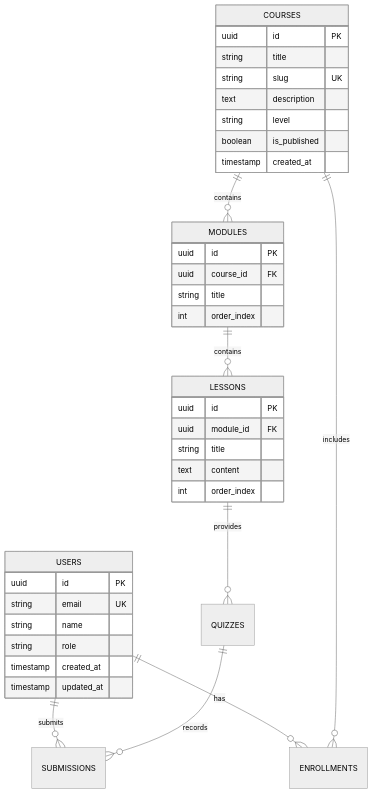
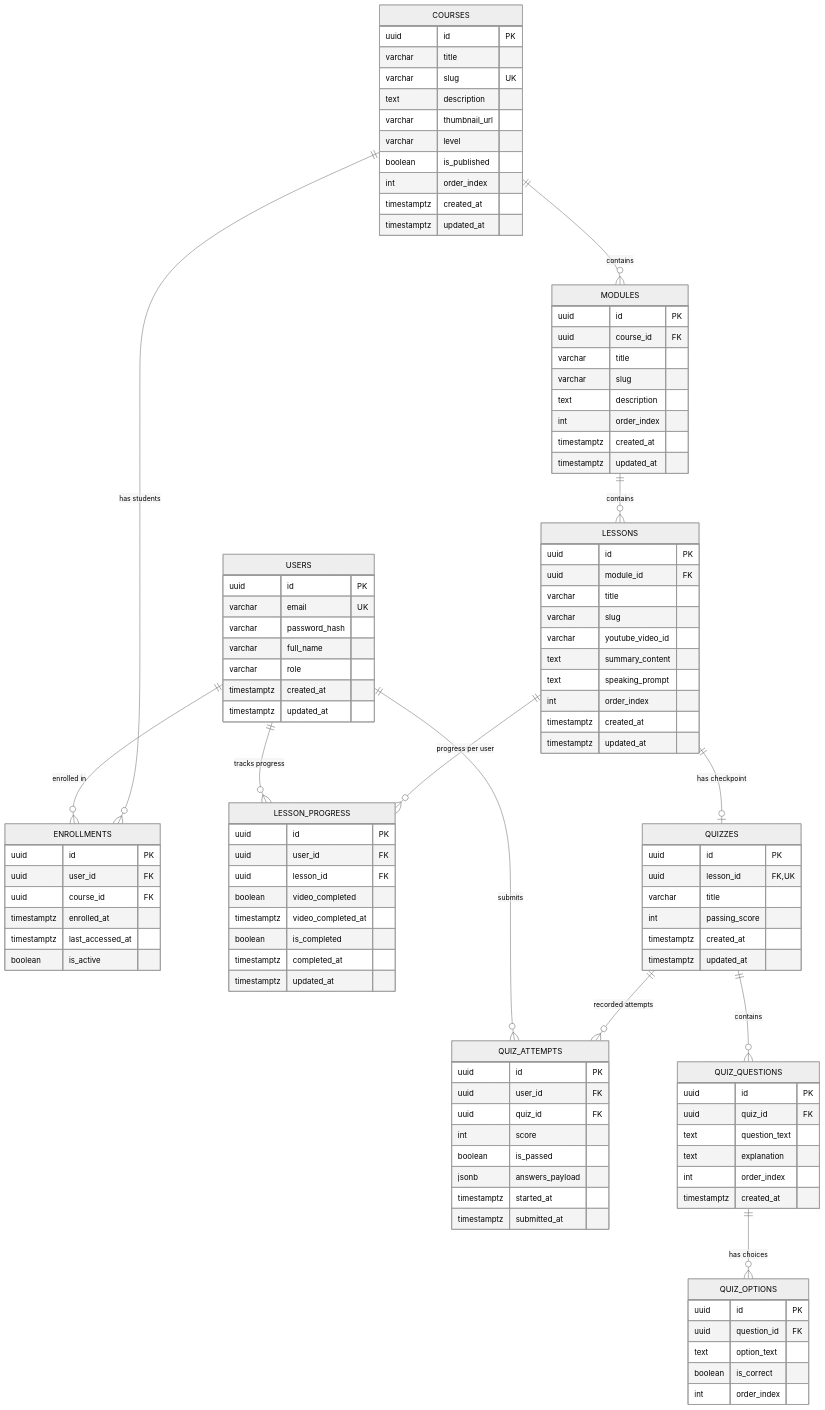
The diagram in docs/DATABASE.md (Rezajulianto123/dream-academy), drawn with Mermaid (neutral theme) before and after one commit. The commit also changed other lines of this file and 3 other files, not shown here.

Commit message:
docs(arch): formulate technical architecture, database schema, api contracts and implementation plan

````diff
--- a/docs/DATABASE.md
+++ b/docs/DATABASE.md
@@ -22,44 +27,123 @@
 ```mermaid
 erDiagram
-    USERS ||--o{ ENROLLMENTS : has
-    USERS ||--o{ SUBMISSIONS : submits
-    COURSES ||--o{ MODULES : contains
-    COURSES ||--o{ ENROLLMENTS : includes
-    MODULES ||--o{ LESSONS : contains
-    LESSONS ||--o{ QUIZZES : provides
-    QUIZZES ||--o{ SUBMISSIONS : records
+    USERS ||--o{ ENROLLMENTS : "enrolled in"
+    USERS ||--o{ LESSON_PROGRESS : "tracks progress"
+    USERS ||--o{ QUIZ_ATTEMPTS : "submits"
+
+    COURSES ||--o{ MODULES : "contains"
+    COURSES ||--o{ ENROLLMENTS : "has students"
+
+    MODULES ||--o{ LESSONS : "contains"
+
+    LESSONS ||--o| QUIZZES : "has checkpoint"
+    LESSONS ||--o{ LESSON_PROGRESS : "progress per user"
+
+    QUIZZES ||--o{ QUIZ_QUESTIONS : "contains"
+    QUIZZES ||--o{ QUIZ_ATTEMPTS : "recorded attempts"
+
+    QUIZ_QUESTIONS ||--o{ QUIZ_OPTIONS : "has choices"
 
     USERS {
         uuid id PK
-        string email UK
-        string name
-        string role
-        timestamp created_at
-        timestamp updated_at
+        varchar email UK
+        varchar password_hash
+        varchar full_name
+        varchar role
+        timestamptz created_at
+        timestamptz updated_at
     }
 
     COURSES {
         uuid id PK
-        string title
-        string slug UK
+        varchar title
+        varchar slug UK
         text description
-        string level
+        varchar thumbnail_url
+        varchar level
         boolean is_published
-        timestamp created_at
+        int order_index
+        timestamptz created_at
+        timestamptz updated_at
     }
 
     MODULES {
         uuid id PK
         uuid course_id FK
-        string title
+        varchar title
+        varchar slug
+        text description
         int order_index
+        timestamptz created_at
+        timestamptz updated_at
     }
 
     LESSONS {
         uuid id PK
         uuid module_id FK
-        string title
-        text content
+        varchar title
+        varchar slug
+        varchar youtube_video_id
+        text summary_content
+        text speaking_prompt
+        int order_index
+        timestamptz created_at
+        timestamptz updated_at
+    }
+
+    ENROLLMENTS {
+        uuid id PK
+        uuid user_id FK
+        uuid course_id FK
+        timestamptz enrolled_at
+        timestamptz last_accessed_at
+        boolean is_active
+    }
+
+    LESSON_PROGRESS {
+        uuid id PK
+        uuid user_id FK
+        uuid lesson_id FK
+        boolean video_completed
+        timestamptz video_completed_at
+        boolean is_completed
+        timestamptz completed_at
+        timestamptz updated_at
+    }
+
+    QUIZZES {
+        uuid id PK
+        uuid lesson_id FK,UK
+        varchar title
+        int passing_score
+        timestamptz created_at
+        timestamptz updated_at
+    }
+
+    QUIZ_QUESTIONS {
+        uuid id PK
+        uuid quiz_id FK
+        text question_text
+        text explanation
+        int order_index
+        timestamptz created_at
+    }
+
+    QUIZ_OPTIONS {
+        uuid id PK
+        uuid question_id FK
+        text option_text
+        boolean is_correct
         int order_index
     }
+
+    QUIZ_ATTEMPTS {
+        uuid id PK
+        uuid user_id FK
+        uuid quiz_id FK
+        int score
+        boolean is_passed
+        jsonb answers_payload
+        timestamptz started_at
+        timestamptz submitted_at
+    }
 ```
````
